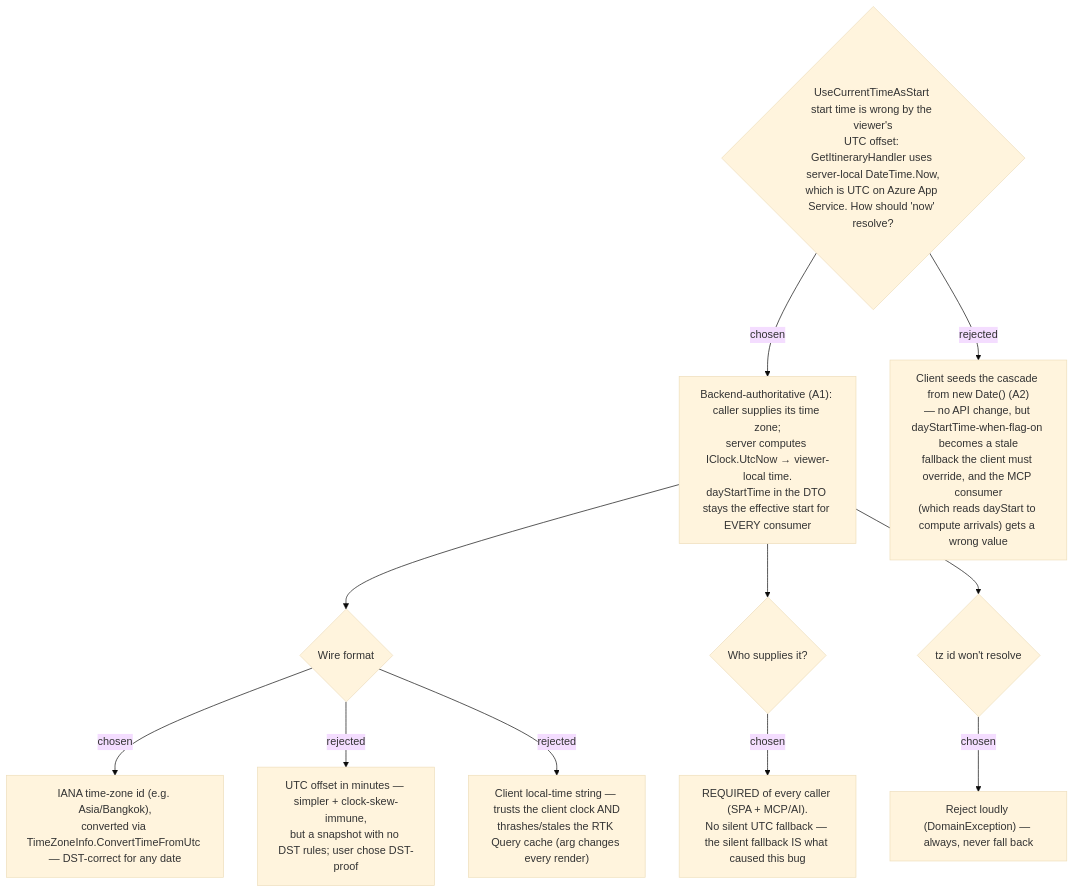
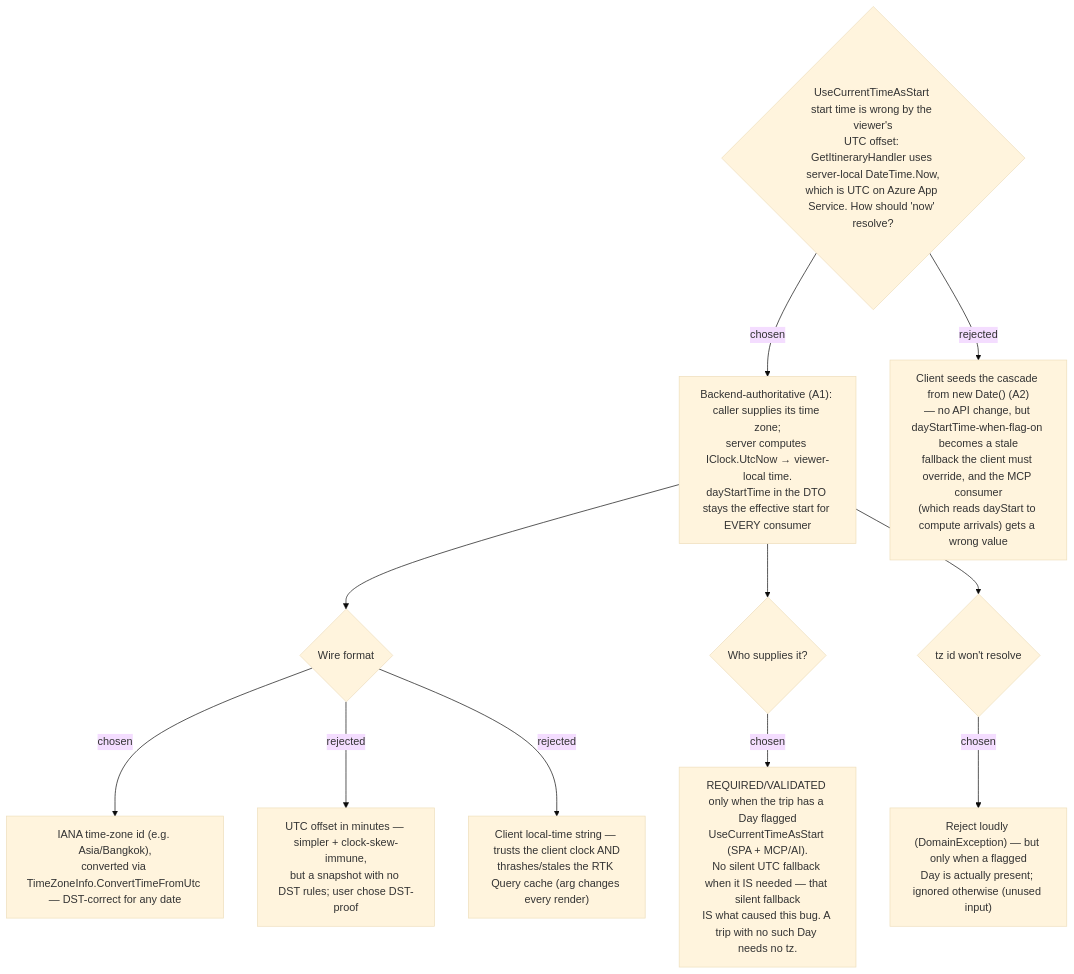
One commit to ThodsaphonSonthiphin/MenuNest changed the diagram in docs/adr/038-current-time-start-viewer-timezone.md. Above: the diagram before and after it, drawn with Mermaid (base theme). The commit also changed other lines of this file and 6 other files, not shown here.

First line of the commit message:
fix(trips): require the itinerary time zone only when a current-time day is present (#30)

````diff
--- a/docs/adr/038-current-time-start-viewer-timezone.md
+++ b/docs/adr/038-current-time-start-viewer-timezone.md
@@ -7,13 +7,13 @@
 ```mermaid
 flowchart TD
     Q{"UseCurrentTimeAsStart start time is wrong by the viewer's<br/>UTC offset: GetItineraryHandler uses server-local DateTime.Now,<br/>which is UTC on Azure App Service. How should 'now' resolve?"} -->|chosen| A["Backend-authoritative (A1): caller supplies its time zone;<br/>server computes IClock.UtcNow → viewer-local time.<br/>dayStartTime in the DTO stays the effective start for EVERY consumer"]
     Q -->|rejected| A2["Client seeds the cascade from new Date() (A2)<br/>— no API change, but dayStartTime-when-flag-on becomes a stale<br/>fallback the client must override, and the MCP consumer<br/>(which reads dayStart to compute arrivals) gets a wrong value"]
     A --> W{"Wire format"}
     W -->|chosen| W1["IANA time-zone id (e.g. Asia/Bangkok),<br/>converted via TimeZoneInfo.ConvertTimeFromUtc — DST-correct for any date"]
     W -->|rejected| W2["UTC offset in minutes — simpler + clock-skew-immune,<br/>but a snapshot with no DST rules; user chose DST-proof"]
     W -->|rejected| W3["Client local-time string — trusts the client clock AND<br/>thrashes/stales the RTK Query cache (arg changes every render)"]
     A --> R{"Who supplies it?"}
-    R -->|chosen| R1["REQUIRED of every caller (SPA + MCP/AI).<br/>No silent UTC fallback — the silent fallback IS what caused this bug"]
+    R -->|chosen| R1["REQUIRED/VALIDATED only when the trip has a Day flagged<br/>UseCurrentTimeAsStart (SPA + MCP/AI).<br/>No silent UTC fallback when it IS needed — that silent fallback<br/>IS what caused this bug. A trip with no such Day needs no tz."]
     A --> F{"tz id won't resolve"}
-    F -->|chosen| F1["Reject loudly (DomainException) — always, never fall back"]
+    F -->|chosen| F1["Reject loudly (DomainException) — but only when a flagged<br/>Day is actually present; ignored otherwise (unused input)"]
 ```
````
